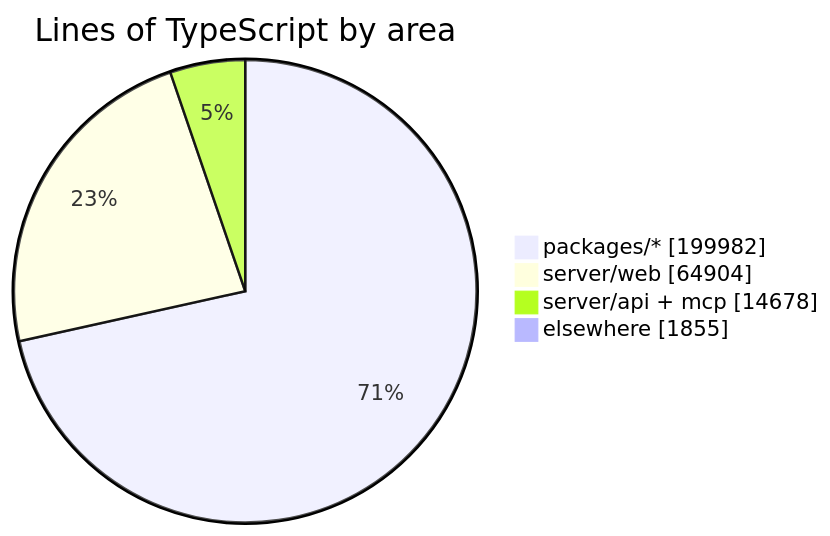
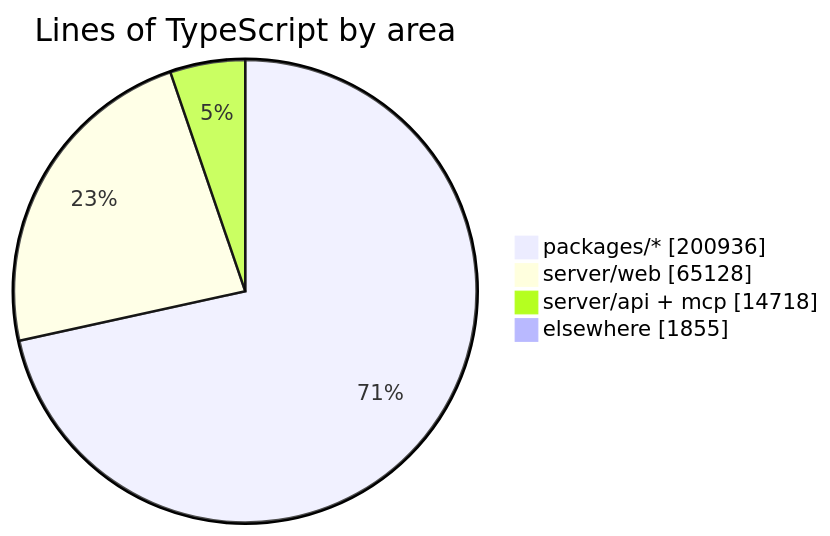
One commit to crossworks-engineering/mantle changed the diagram in README.md. Above: the diagram before and after it, drawn with Mermaid. The commit also changed other lines of this file and 2 other files, not shown here.

````diff
--- a/README.md
+++ b/README.md
@@ -287,7 +287,7 @@
 ```mermaid
 pie showData title Lines of TypeScript by area
-    "packages/*" : 199982
-    "server/web" : 64904
-    "server/api + mcp" : 14678
+    "packages/*" : 200936
+    "server/web" : 65128
+    "server/api + mcp" : 14718
     "elsewhere" : 1855
 ```
````
